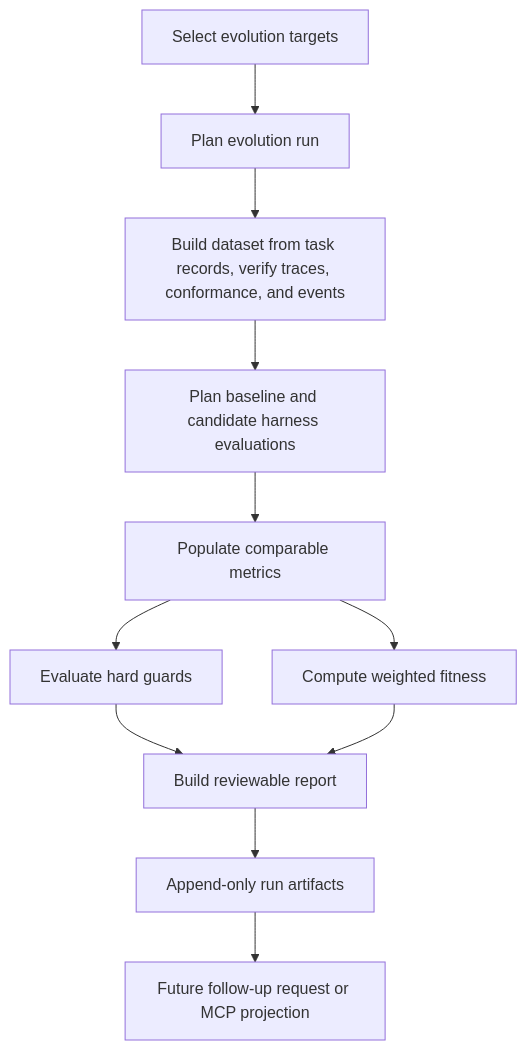
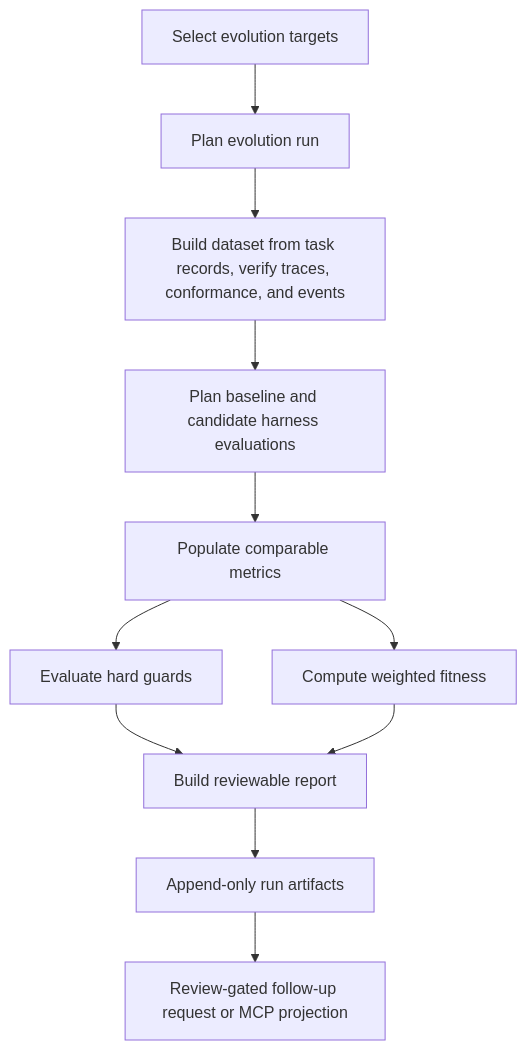
Before and after one commit to jihkang/Sisyphus: the fourth of 6 diagrams in docs/architecture.md, drawn with Mermaid. The commit also changed other lines of this file and 13 other files, not shown here.

````diff
--- a/docs/architecture.md
+++ b/docs/architecture.md
@@ -413,13 +418,13 @@
 ```mermaid
 flowchart TD
     A[Select evolution targets] --> B[Plan evolution run]
     B --> C[Build dataset from task records, verify traces, conformance, and events]
     C --> D[Plan baseline and candidate harness evaluations]
     D --> E[Populate comparable metrics]
     E --> F[Evaluate hard guards]
     E --> G[Compute weighted fitness]
     F --> H[Build reviewable report]
     G --> H
     H --> I[Append-only run artifacts]
-    I --> J[Future follow-up request or MCP projection]
+    I --> J[Review-gated follow-up request or MCP projection]
 ```
````
